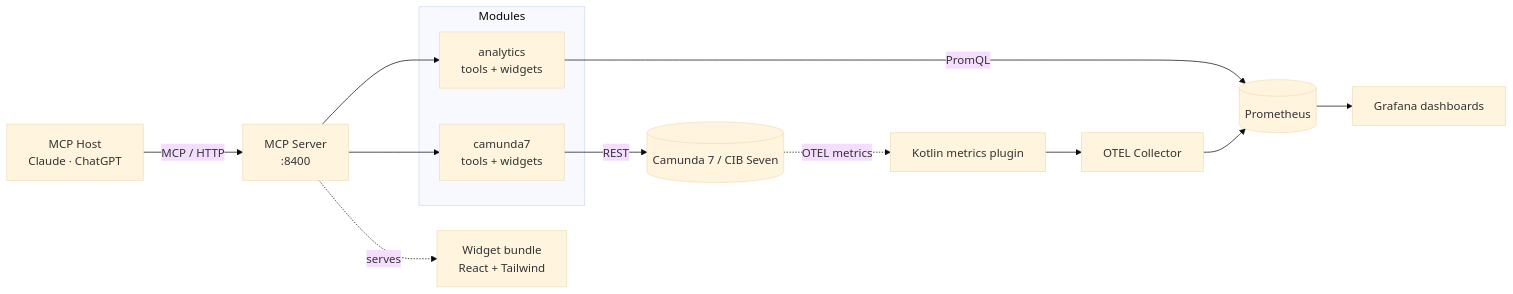
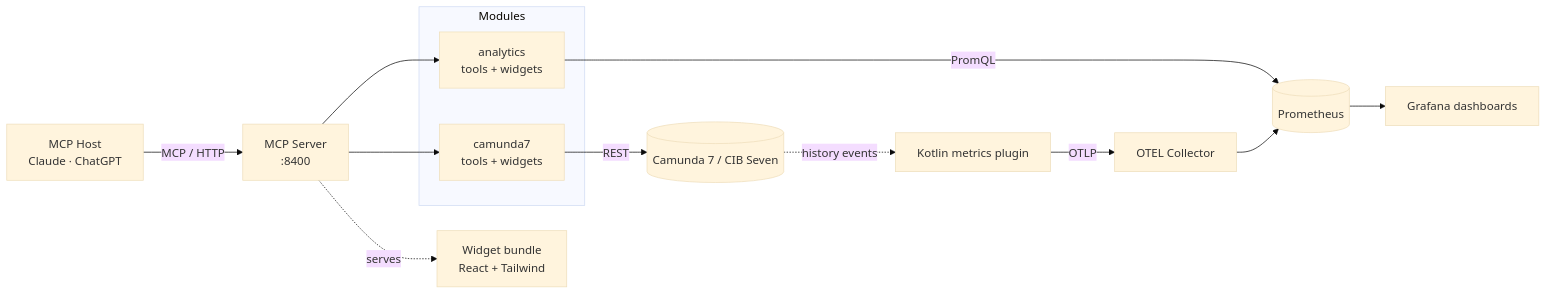
The diagram in docs/architecture.md (Miragon/miragon-ai), drawn with Mermaid (base theme) before and after one commit. The commit also changed other lines of this file and 21 other files, not shown here.

First line of the commit message:
feat(engine-plugins): record process metrics via Micrometer (#226)

````diff
--- a/docs/architecture.md
+++ b/docs/architecture.md
@@ -10,22 +11,22 @@
 ```mermaid
 flowchart LR
   Host[MCP Host<br/>Claude · ChatGPT] -->|MCP / HTTP| Server[MCP Server<br/>:8400]
 
   subgraph Modules
     Camunda7[camunda7<br/>tools + widgets]
     Analytics[analytics<br/>tools + widgets]
   end
 
   Server --> Camunda7
   Server --> Analytics
 
   Camunda7 -->|REST| Engine[(Camunda 7 / CIB Seven)]
   Analytics -->|PromQL| Prom[(Prometheus)]
 
-  Engine -. OTEL metrics .-> Plugin[Kotlin metrics plugin]
-  Plugin --> Collector[OTEL Collector]
+  Engine -. history events .-> Plugin[Kotlin metrics plugin]
+  Plugin -- OTLP --> Collector[OTEL Collector]
   Collector --> Prom
   Prom --> Grafana[Grafana dashboards]
 
   Server -. serves .-> Widgets[Widget bundle<br/>React + Tailwind]
 ```
````
